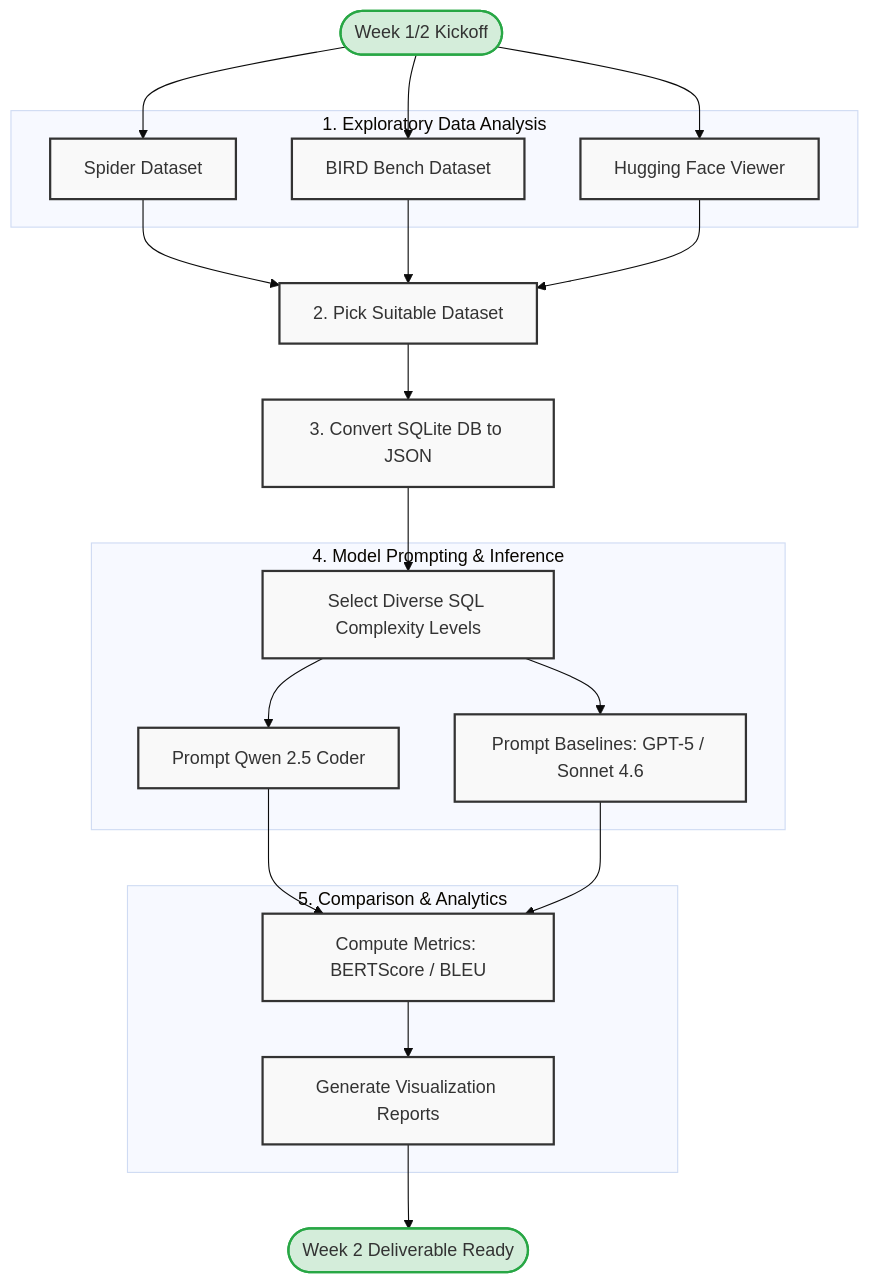
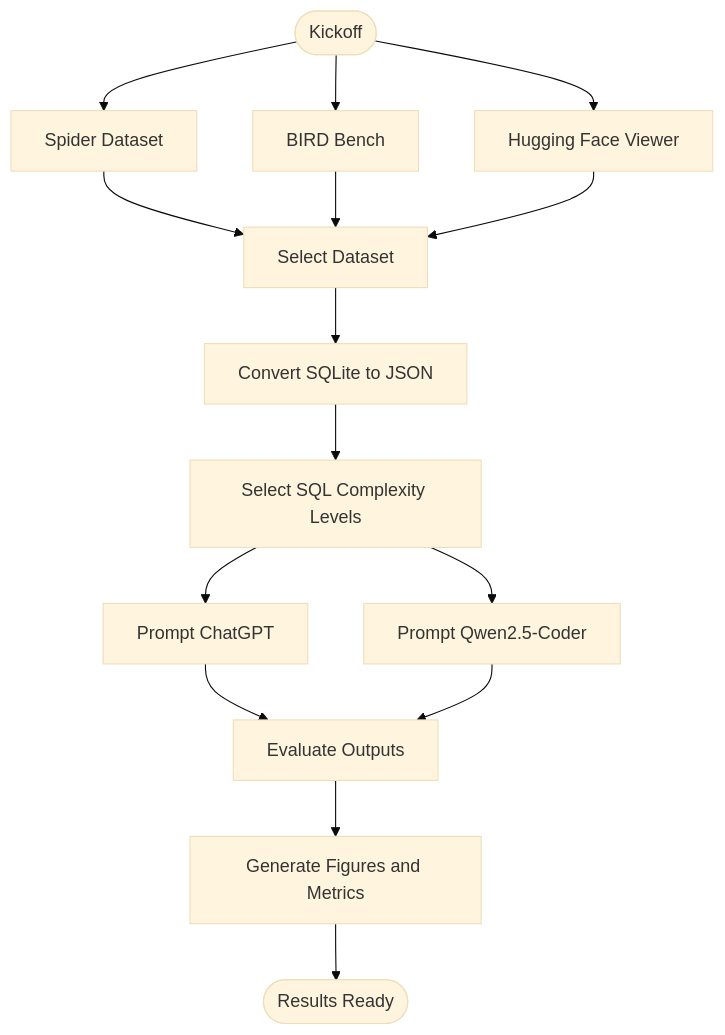
Before and after one commit to tarun1125/CSAIML-Capstone-Project-20: the diagram in README.md, drawn with Mermaid (base theme). The commit also changed other lines of this file, not shown here.

````diff
--- a/README.md
+++ b/README.md
@@ -1,62 +7,20 @@
 ```mermaid
 graph TD
-    %% Define Styles
-    classDef default fill:#f9f9f9,stroke:#333,stroke-width:2px;
-    classDef startEnd fill:#d4edda,stroke:#28a745,stroke-width:2px;
+    Start([Kickoff]) --> EDA1[Spider Dataset]
+    Start --> EDA2[BIRD Bench]
+    Start --> EDA3[Hugging Face Viewer]
 
-    %% Nodes
-    Start([Week 1/2 Kickoff])
-    
-    subgraph EDA [1. Exploratory Data Analysis]
-        Spider[Spider Dataset]
-        Bird[BIRD Bench Dataset]
-        HF[Hugging Face Viewer]
-    end
-    
-    Pick[2. Pick Suitable Dataset]
-    Convert[3. Convert SQLite DB to JSON]
-    
-    subgraph LLM [4. Model Prompting & Inference]
-        SelectSQL[Select Diverse SQL Complexity Levels]
-        PromptQwen[Prompt Qwen 2.5 Coder]
-        PromptBase[Prompt Baselines: GPT-5 / Sonnet 4.6]
-    end
-    
-    subgraph Evaluation [5. Comparison & Analytics]
-        Metrics[Compute Metrics: BERTScore / BLEU]
-        Visuals[Generate Visualization Reports]
-    end
-    
-    End([Week 2 Deliverable Ready])
+    EDA1 --> Pick[Select Dataset]
+    EDA2 --> Pick
+    EDA3 --> Pick
 
-    %% Links/Flow
-    Start --> Spider
-    Start --> Bird
-    Start --> HF
-    
-    Spider --> Pick
-    Bird --> Pick
-    HF --> Pick
-    
-    Pick --> Convert
-    Convert --> SelectSQL
-    
-    SelectSQL --> PromptQwen
-    SelectSQL --> PromptBase
-    
-    PromptQwen --> Metrics
-    PromptBase --> Metrics
-    
-    Metrics --> Visuals
-    Visuals --> End
+    Pick --> Convert[Convert SQLite to JSON]
+    Convert --> SQL[Select SQL Complexity Levels]
+    SQL --> GPT[Prompt ChatGPT]
+    SQL --> QWEN[Prompt Qwen2.5-Coder]
 
-    %% Apply Styles Explicitly (Fixes the Parse Error)
-    class Start startEnd;
-    class End startEnd;
-
-    %% Hyperlinks & Local Repo Files
-    click Spider "https://github.io" "Go to Spider Project"
-    click Bird "https://github.io" "Go to BIRD Bench"
-    click HF "https://huggingface.co" "Open HF Viewer"
-    click PromptBase "./baseline_model_prompt.md" "Open Baseline Model Prompt"
+    GPT --> Eval[Evaluate Outputs]
+    QWEN --> Eval
+    Eval --> Viz[Generate Figures and Metrics]
+    Viz --> End([Results Ready])
 ```
````
